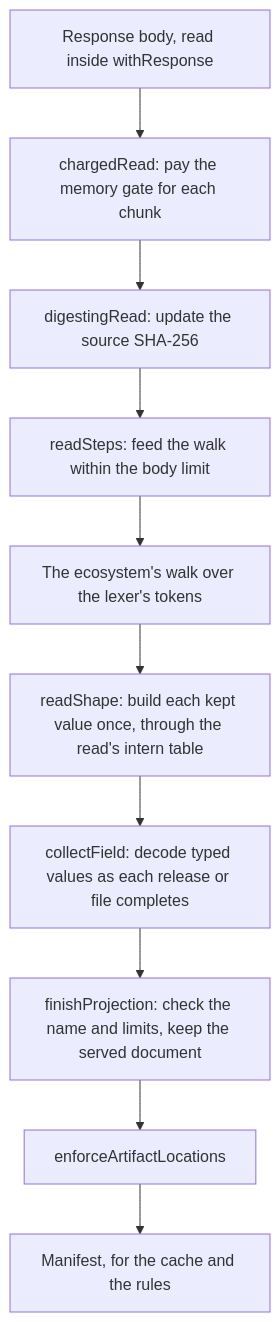
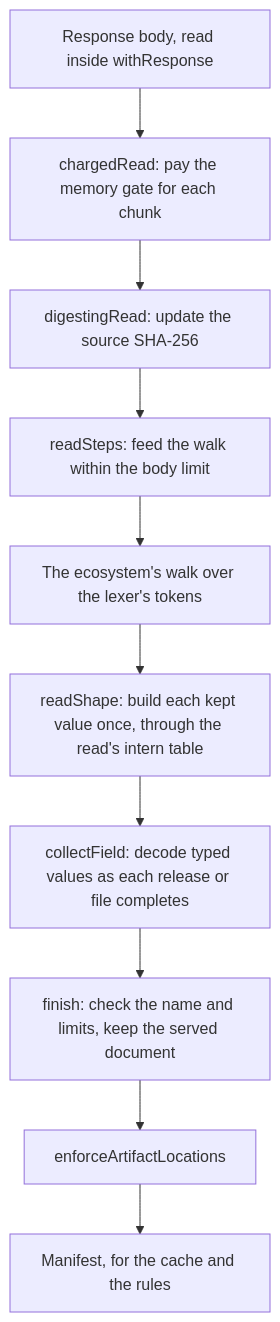
One commit to AlexaDeWit/Ecluse changed the diagram in docs/adding-an-ecosystem.md. Above: the diagram before and after it, drawn with Mermaid. The commit also changed other lines of this file and 33 other files, not shown here.

````diff
--- a/docs/adding-an-ecosystem.md
+++ b/docs/adding-an-ecosystem.md
@@ -48,12 +48,12 @@
 ```mermaid
 flowchart TD
     body["Response body, read inside withResponse"] --> charge["chargedRead: pay the memory gate for each chunk"]
     charge --> digest["digestingRead: update the source SHA-256"]
     digest --> steps["readSteps: feed the walk within the body limit"]
     steps --> walk["The ecosystem's walk over the lexer's tokens"]
     walk --> shape["readShape: build each kept value once, through the read's intern table"]
     shape --> collect["collectField: decode typed values as each release or file completes"]
-    collect --> finish["finishProjection: check the name and limits, keep the served document"]
+    collect --> finish["finish: check the name and limits, keep the served document"]
     finish --> enforce["enforceArtifactLocations"]
     enforce --> manifest["Manifest, for the cache and the rules"]
 ```
````
